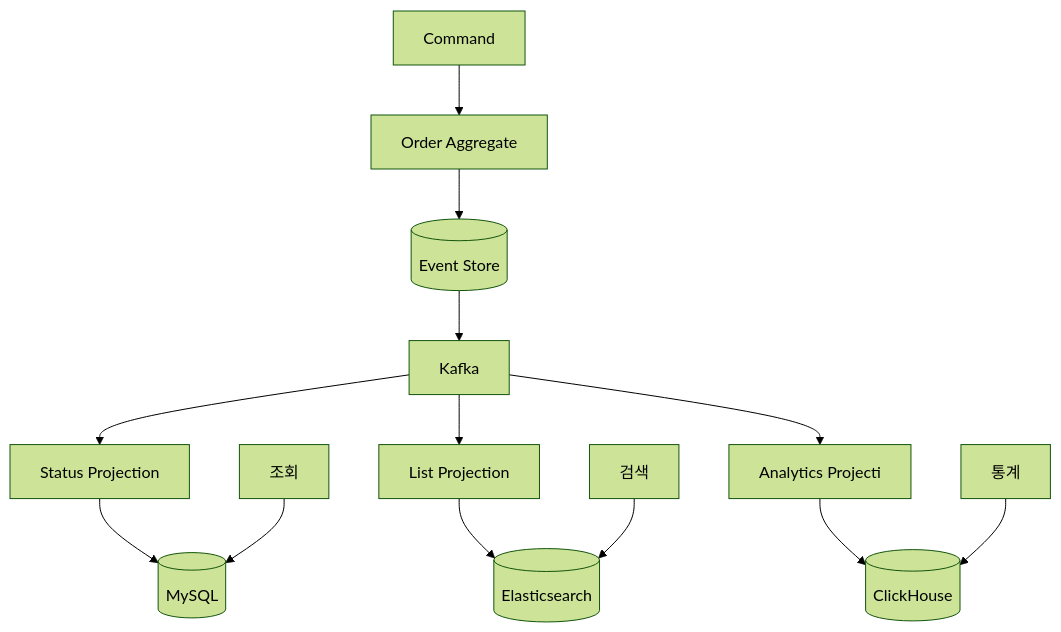
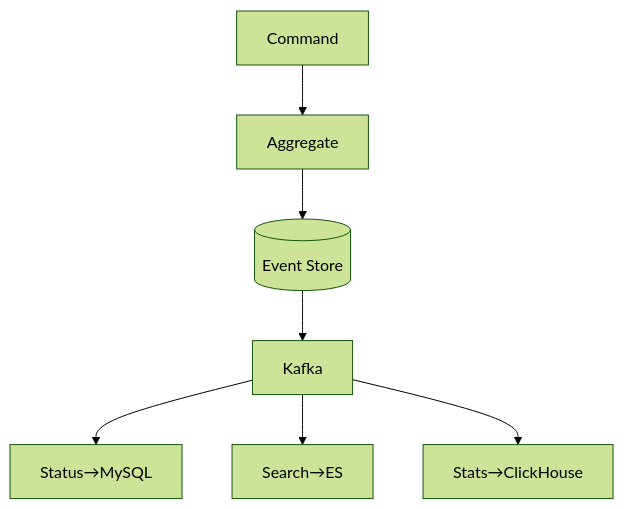
Before and after one commit to yjkim2015/yjkim2015.github.io: the fourth of 4 diagrams in _posts/architecture/2026-05-01-event-driven.md, drawn with Mermaid (forest theme). The commit also changed other lines of this file and 155 other files, not shown here.

First line of the commit message:
Mermaid 전면 수정: subgraph 제거, participant/노드/줄수 축소 (342블록)

````diff
--- a/_posts/architecture/2026-05-01-event-driven.md
+++ b/_posts/architecture/2026-05-01-event-driven.md
@@ -295,11 +282,9 @@
 ```mermaid
 graph TD
-    CMD["Command"] --> AGG["Order Aggregate"] --> ES[("Event Store")]
+    CMD["Command"] --> AGG["Aggregate"]
+    AGG --> ES[("Event Store")]
     ES --> KB["Kafka"]
-    KB --> P1["Status Projection"] --> DB1[("MySQL")]
-    KB --> P2["List Projection"] --> DB2[("Elasticsearch")]
-    KB --> P3["Analytics Projecti"] --> DB3[("ClickHouse")]
-    Q1["조회"] --> DB1
-    Q2["검색"] --> DB2
-    Q3["통계"] --> DB3
+    KB --> P1["Status→MySQL"]
+    KB --> P2["Search→ES"]
+    KB --> P3["Stats→ClickHouse"]
 ```
````
